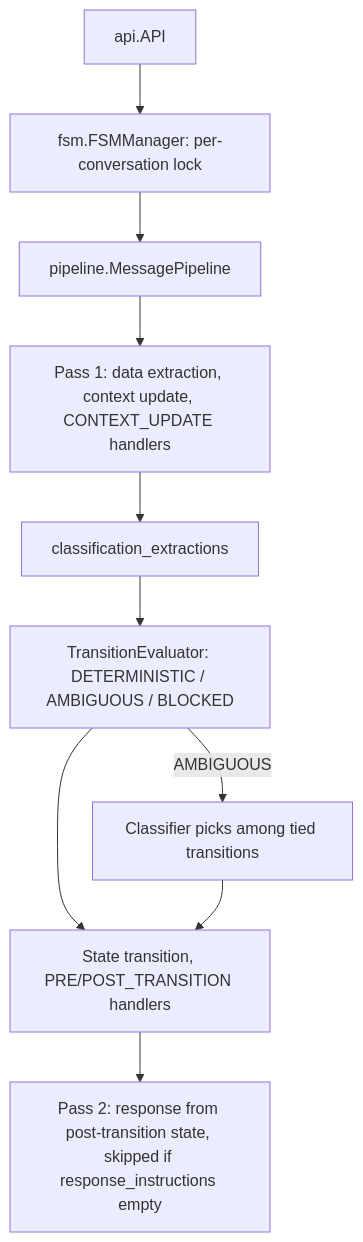
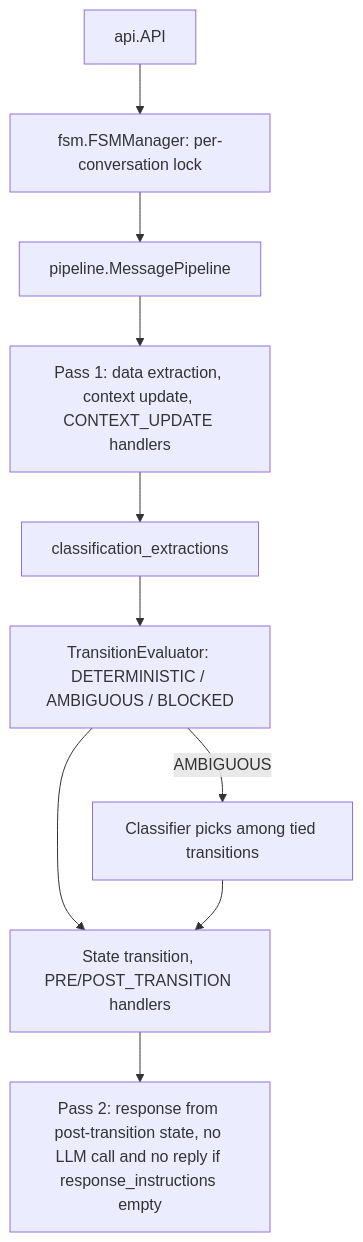
The first of 2 diagrams in src/CLAUDE.md (NikolasMarkou/fsm_llm), drawn with Mermaid before and after one commit. The commit also changed other lines of this file and 29 other files, not shown here.

````diff
--- a/src/CLAUDE.md
+++ b/src/CLAUDE.md
@@ -18,12 +18,12 @@
 ```mermaid
 flowchart TD
     API[api.API] --> FM[fsm.FSMManager: per-conversation lock]
     FM --> MP[pipeline.MessagePipeline]
     MP --> P1[Pass 1: data extraction, context update, CONTEXT_UPDATE handlers]
     P1 --> CX[classification_extractions]
     CX --> TE[TransitionEvaluator: DETERMINISTIC / AMBIGUOUS / BLOCKED]
     TE -->|AMBIGUOUS| AC[Classifier picks among tied transitions]
     TE --> ST[State transition, PRE/POST_TRANSITION handlers]
     AC --> ST
-    ST --> P2[Pass 2: response from post-transition state, skipped if response_instructions empty]
+    ST --> P2[Pass 2: response from post-transition state, no LLM call and no reply if response_instructions empty]
 ```
````
